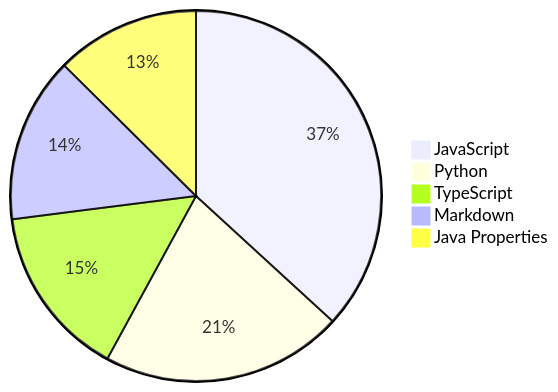
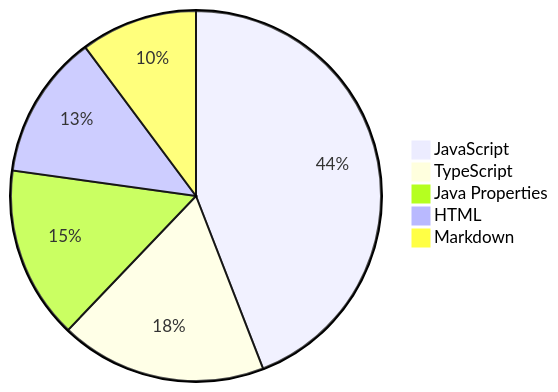
Before and after one commit to Alicia111/alicia111: the diagram in README.md, drawn with Mermaid.

Commit message:
Update WakaTime stats (・ω・)b

````diff
--- a/README.md
+++ b/README.md
@@ -32,8 +32,8 @@
 ```mermaid
 pie
-    "JavaScript" : 26.17
-    "Python" : 15.02
-    "TypeScript" : 10.7
-    "Markdown" : 10.26
-    "Java Properties" : 8.94
+    "JavaScript" : 35.94
+    "TypeScript" : 14.69
+    "Java Properties" : 12.28
+    "HTML" : 10.28
+    "Markdown" : 8.3
 ```
````
